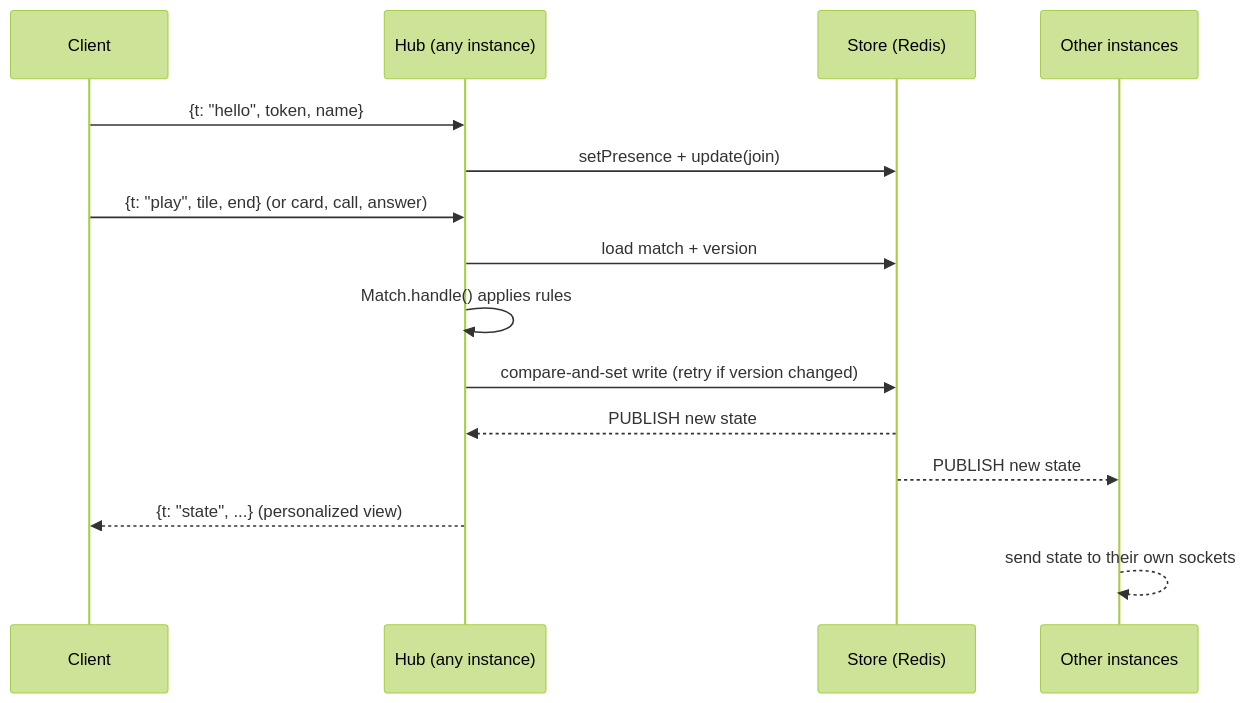
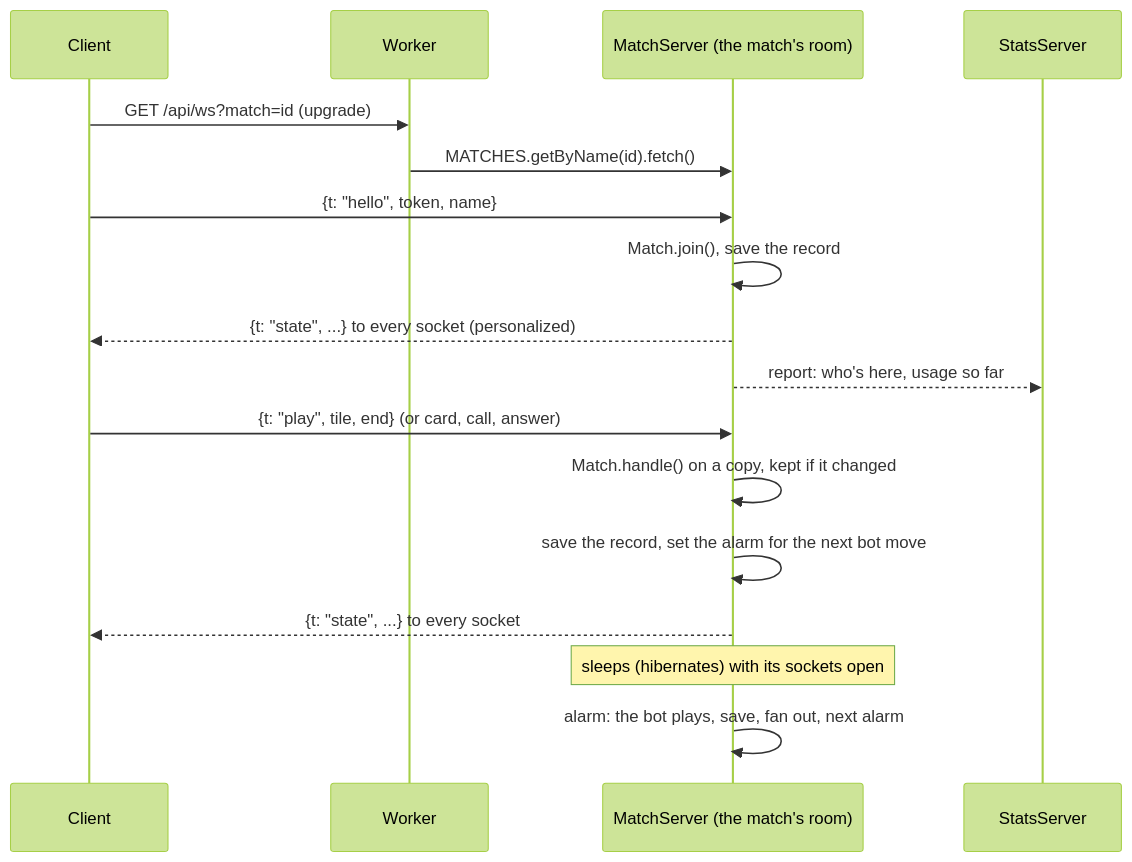
Before and after one commit to LucioD93/la-mesa: the third of 3 diagrams in README.md, drawn with Mermaid (forest theme). The commit also changed other lines of this file and 31 other files, not shown here.

First line of the commit message:
Move to Cloudflare: each match a hibernating Durable Object (PartyServer)

````diff
--- a/README.md
+++ b/README.md
@@ -272,18 +273,20 @@
 ```mermaid
 sequenceDiagram
   participant C as Client
-  participant H as Hub (any instance)
-  participant S as Store (Redis)
-  participant O as Other instances
+  participant W as Worker
+  participant M as MatchServer (the match's room)
+  participant S as StatsServer
 
-  C->>H: {t: "hello", token, name}
-  H->>S: setPresence + update(join)
-  C->>H: {t: "play", tile, end} (or card, call, answer)
-  H->>S: load match + version
-  H->>H: Match.handle() applies rules
-  H->>S: compare-and-set write (retry if version changed)
-  S-->>H: PUBLISH new state
-  S-->>O: PUBLISH new state
-  H-->>C: {t: "state", ...} (personalized view)
-  O-->>O: send state to their own sockets
+  C->>W: GET /api/ws?match=id (upgrade)
+  W->>M: MATCHES.getByName(id).fetch()
+  C->>M: {t: "hello", token, name}
+  M->>M: Match.join(), save the record
+  M-->>C: {t: "state", ...} to every socket (personalized)
+  M-->>S: report: who's here, usage so far
+  C->>M: {t: "play", tile, end} (or card, call, answer)
+  M->>M: Match.handle() on a copy, kept if it changed
+  M->>M: save the record, set the alarm for the next bot move
+  M-->>C: {t: "state", ...} to every socket
+  Note over M: sleeps (hibernates) with its sockets open
+  M->>M: alarm: the bot plays, save, fan out, next alarm
 ```
````
